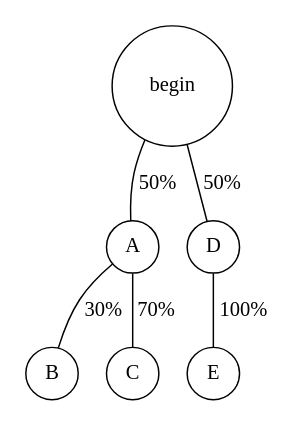
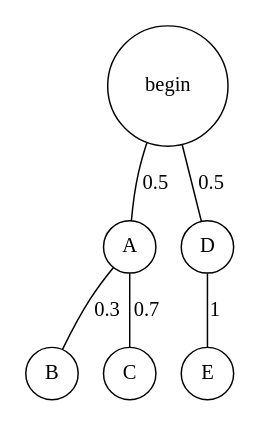
One commit to chrischen3121/notes changed the diagram in org/math/probability.org. Above: the diagram before and after it, drawn with Graphviz. The commit also changed other lines of this file and 3 other files, not shown here.

```diff
--- a/org/math/probability.org
+++ b/org/math/probability.org
@@ -76,11 +112,11 @@
     #+BEGIN_SRC dot :file ../resources/math/probabilityTree.png :cmdline -Kdot -Tpng
       graph probabilityTree{
         size="2,2";
         node [shape=circle fontsize=14 width=0.1 fontname="Inconsolata"];
-        "begin" -- "A" [label="50%"];
-          "A" -- "B" [label="30%"];
-          "A" -- "C" [label="70%"];
-        "begin" -- "D" [label="50%"];
-          "D" -- "E" [label="100%"];
+        "begin" -- "A" [label="0.5"];
+          "A" -- "B" [label="0.3"];
+          "A" -- "C" [label="0.7"];
+        "begin" -- "D" [label="0.5"];
+          "D" -- "E" [label="1"];
       }
     #+END_SRC
```
